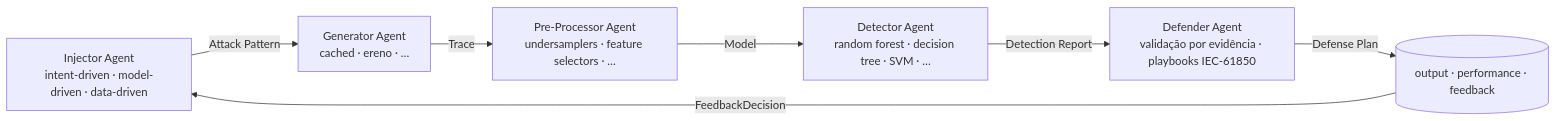
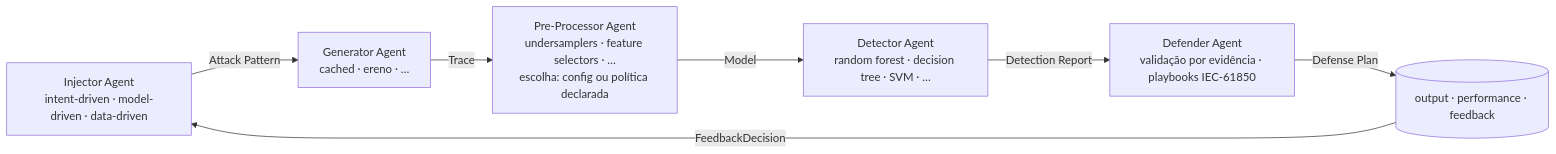
One commit to sequincozes/ereno-ai changed the diagram in docs/architecture.md. Above: the diagram before and after it, drawn with Mermaid. The commit also changed other lines of this file and 3 other files, not shown here.

````diff
--- a/docs/architecture.md
+++ b/docs/architecture.md
@@ -21,16 +21,16 @@
 ```mermaid
 flowchart LR
     I[Injector Agent<br/>intent-driven · model-driven · data-driven]
     G[Generator Agent<br/>cached · ereno · …]
-    P[Pre-Processor Agent<br/>undersamplers · feature selectors · …]
+    P[Pre-Processor Agent<br/>undersamplers · feature selectors · …<br/>escolha: config ou política declarada]
     D[Detector Agent<br/>random forest · decision tree · SVM · …]
     B[Defender Agent<br/>validação por evidência · playbooks IEC-61850]
     F[(output · performance · feedback)]
 
     I -- Attack Pattern --> G
     G -- Trace --> P
     P -- Model --> D
     D -- Detection Report --> B
     B -- Defense Plan --> F
     F -- FeedbackDecision --> I
 ```
````
